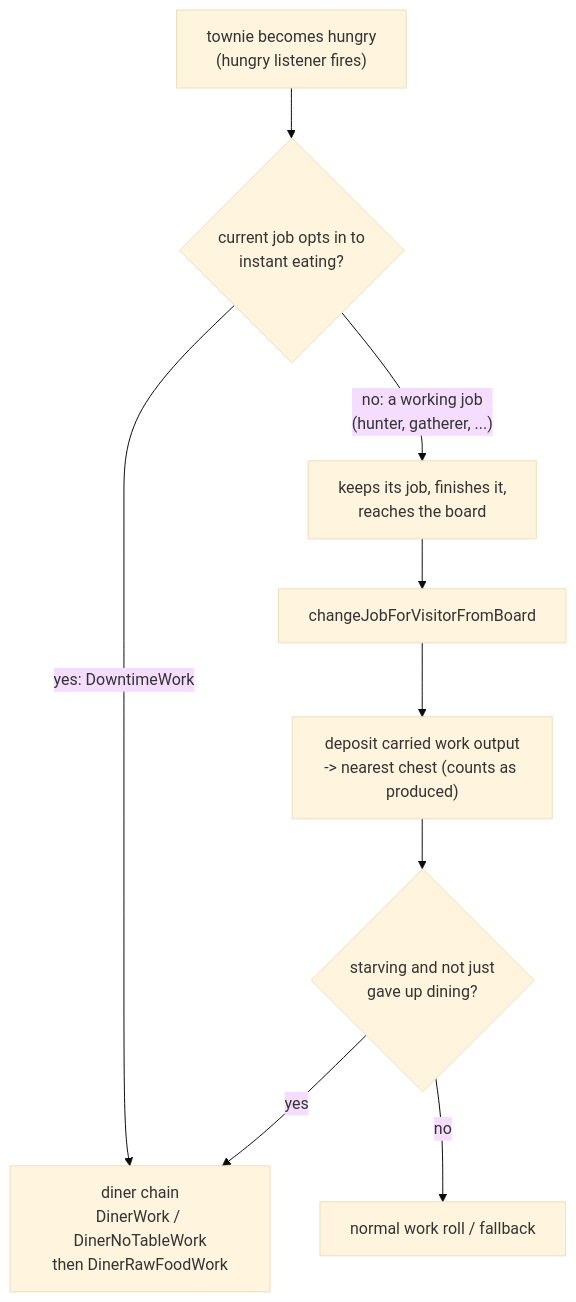
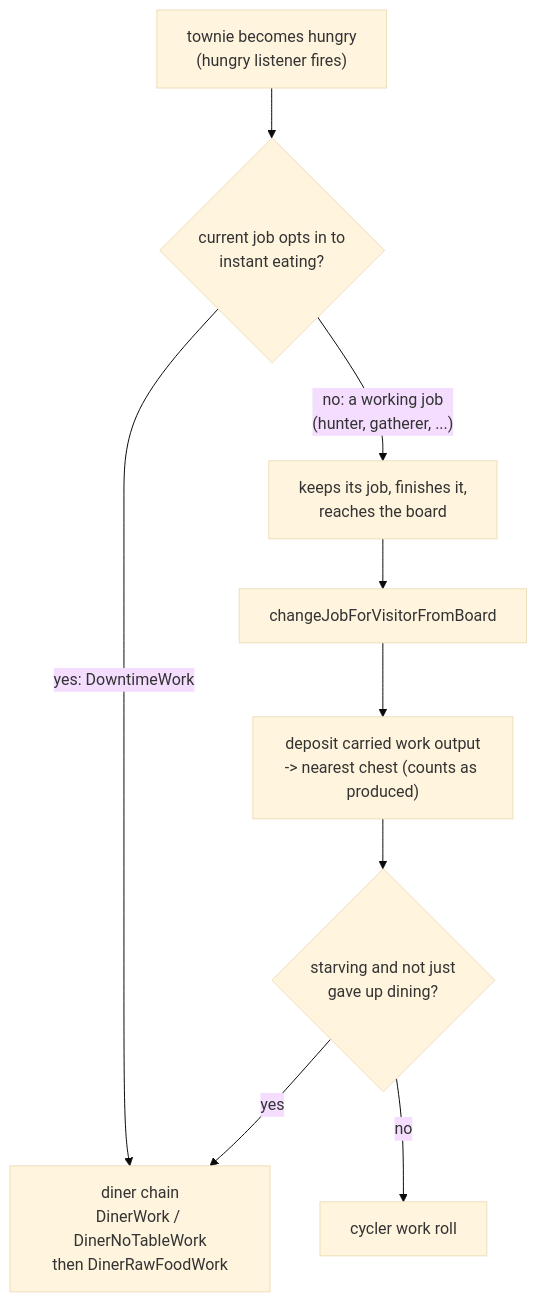
One commit to bradsk88/Questown changed the seventh of 11 diagrams in src/main/java/ca/bradj/questown/town/entity/COMPLEX.md. Above: the diagram before and after it, drawn with Mermaid (base theme). The commit also changed other lines of this file and 10 other files, not shown here.

````diff
--- a/src/main/java/ca/bradj/questown/town/entity/COMPLEX.md
+++ b/src/main/java/ca/bradj/questown/town/entity/COMPLEX.md
@@ -188,11 +188,11 @@
 ```mermaid
 flowchart TD
     Hungry["townie becomes hungry\n(hungry listener fires)"] --> Gate{"current job opts in to\ninstant eating?"}
     Gate -- "yes: DowntimeWork" --> Direct["diner chain\nDinerWork / DinerNoTableWork\nthen DinerRawFoodWork"]
     Gate -- "no: a working job\n(hunter, gatherer, ...)" --> Work["keeps its job, finishes it,\nreaches the board"]
     Work --> Board["changeJobForVisitorFromBoard"]
     Board --> Deposit["deposit carried work output\n-> nearest chest (counts as produced)"]
     Deposit --> Starve{"starving and not just\ngave up dining?"}
     Starve -- yes --> Direct
-    Starve -- no --> Roll["normal work roll / fallback"]
+    Starve -- no --> Roll["cycler work roll"]
 ```
````
